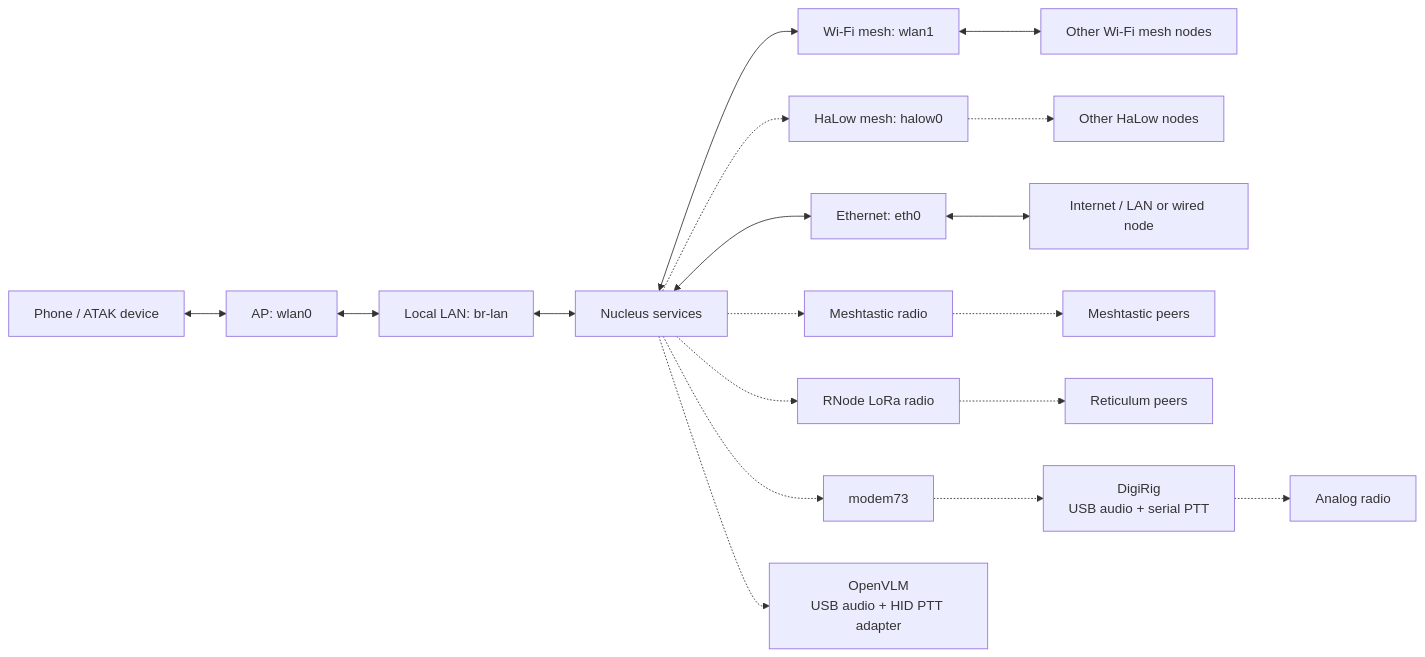
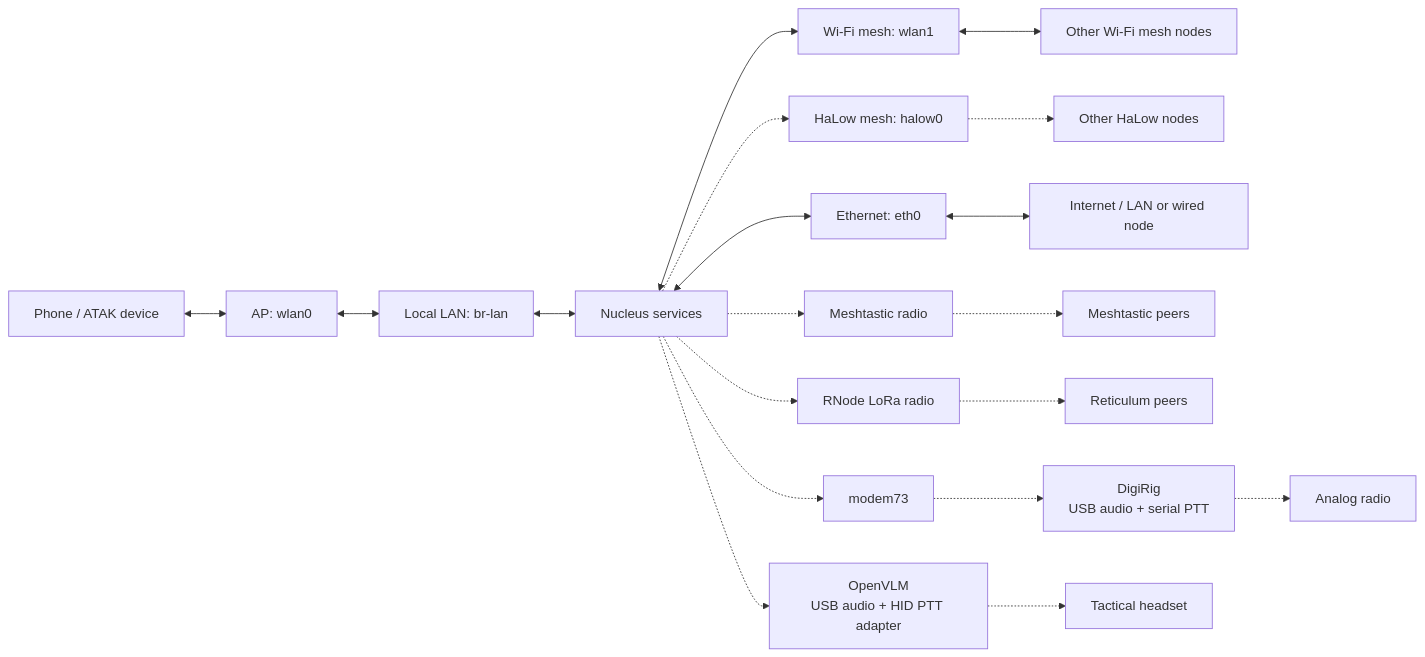
Before and after one commit to Natak-Mesh/V3_OS: the first of 7 diagrams in docs/architecture.md, drawn with Mermaid. The commit also changed other lines of this file, not shown here.

Commit message:
docs: show tactical headset connected to OpenVLM

````diff
--- a/docs/architecture.md
+++ b/docs/architecture.md
@@ -19,20 +19,21 @@
 ```mermaid
 flowchart LR
     phone["Phone / ATAK device"] <--> ap["AP: wlan0"]
     ap <--> lan["Local LAN: br-lan"]
     lan <--> node["Nucleus services"]
     node <--> wifi["Wi-Fi mesh: wlan1"]
     wifi <--> wifiPeers["Other Wi-Fi mesh nodes"]
     node -.-> halow["HaLow mesh: halow0"]
     halow -.-> halowPeers["Other HaLow nodes"]
     node <--> eth["Ethernet: eth0"]
     eth <--> wired["Internet / LAN or wired node"]
     node -.-> meshtastic["Meshtastic radio"]
     meshtastic -.-> meshtasticPeers["Meshtastic peers"]
     node -.-> rnode["RNode LoRa radio"]
     rnode -.-> rnsPeers["Reticulum peers"]
     node -.-> modem["modem73"]
     modem -.-> digirig["DigiRig<br/>USB audio + serial PTT"]
     digirig -.-> analog["Analog radio"]
     node -.-> openvlm["OpenVLM<br/>USB audio + HID PTT adapter"]
+    openvlm -.-> tactical["Tactical headset"]
 ```
````
